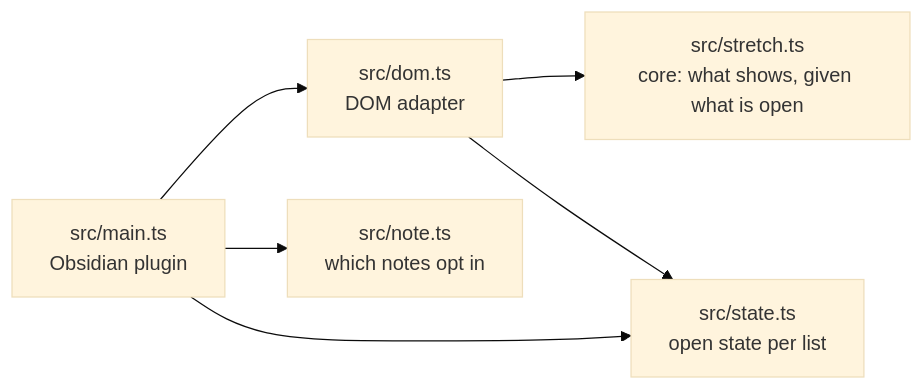
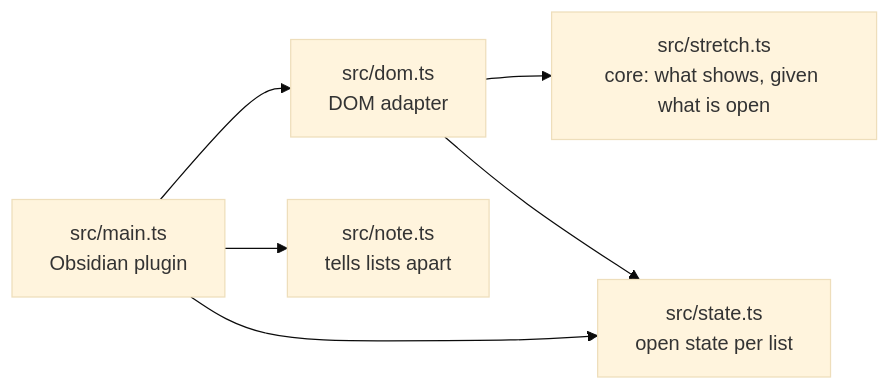
The first of 2 diagrams in DEVELOPER.md (channingwalton/obsidian-stretch), drawn with Mermaid (base theme) before and after one commit. The commit also changed other lines of this file and 10 other files, not shown here.

````diff
--- a/DEVELOPER.md
+++ b/DEVELOPER.md
@@ -19,8 +19,8 @@
 ```mermaid
 flowchart LR
   main["src/main.ts<br/>Obsidian plugin"] --> dom["src/dom.ts<br/>DOM adapter"]
-  main --> note["src/note.ts<br/>which notes opt in"]
+  main --> note["src/note.ts<br/>tells lists apart"]
   main --> state["src/state.ts<br/>open state per list"]
   dom --> stretch["src/stretch.ts<br/>core: what shows, given what is open"]
   dom --> state
 ```
````
